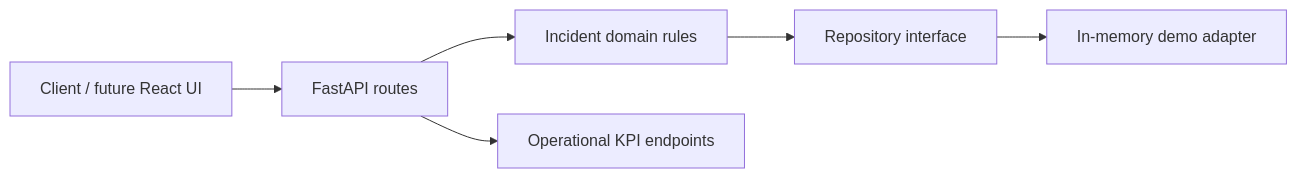
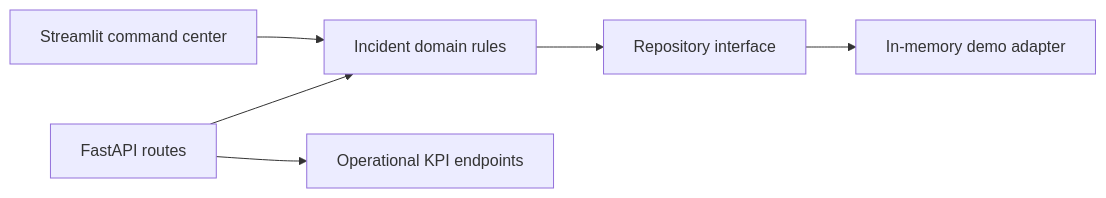
The diagram in README.md (alianisreyesr/service-operations-command-center), drawn with Mermaid before and after one commit. The commit also changed other lines of this file and 7 other files, not shown here.

Commit message:
feat: add interactive Python command center

````diff
--- a/README.md
+++ b/README.md
@@ -38,8 +39,8 @@
 ```mermaid
 flowchart LR
-  A["Client / future React UI"] --> B["FastAPI routes"]
-  B --> C["Incident domain rules"]
+  A["Streamlit command center"] --> C["Incident domain rules"]
+  B["FastAPI routes"] --> C
   C --> D["Repository interface"]
   D --> E["In-memory demo adapter"]
   B --> F["Operational KPI endpoints"]
 ```
````
